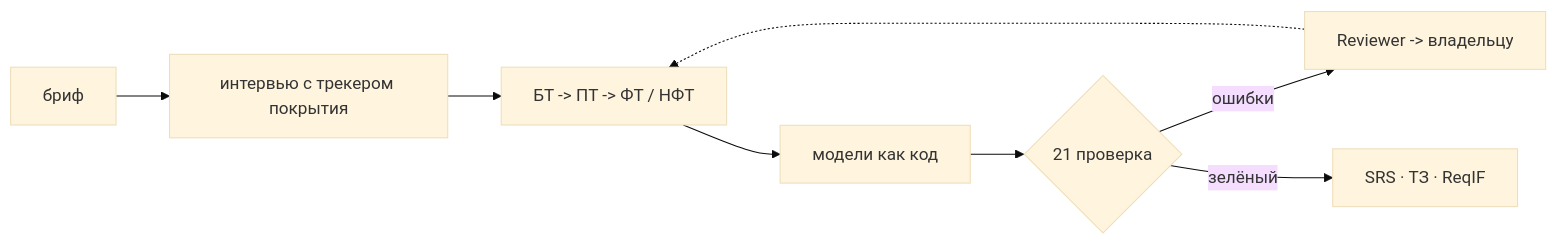
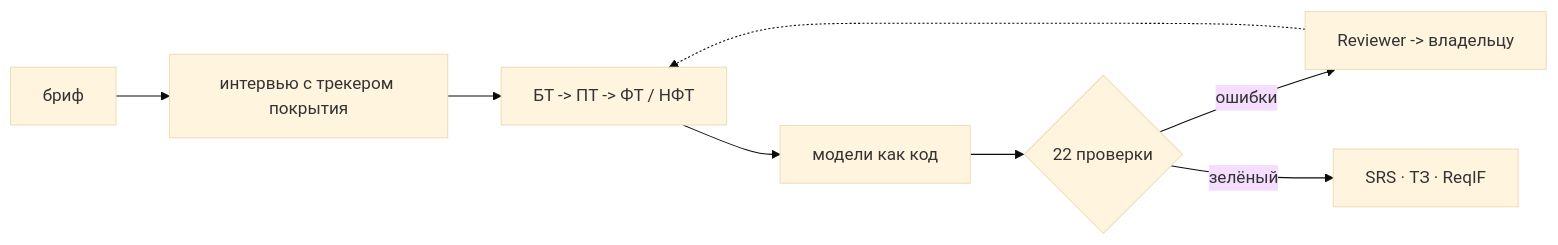
One commit to Axx-Axvd/reqgraph changed the diagram in README.md. Above: the diagram before and after it, drawn with Mermaid (base theme). The commit also changed other lines of this file and 11 other files, not shown here.

````diff
--- a/README.md
+++ b/README.md
@@ -15,7 +15,7 @@
 ```mermaid
 flowchart LR
   A[бриф] --> B[интервью с трекером покрытия] --> C[БТ -> ПТ -> ФТ / НФТ]
-  C --> D[модели как код] --> E{21 проверка}
+  C --> D[модели как код] --> E{22 проверки}
   E -->|ошибки| F[Reviewer -> владельцу] -.-> C
   E -->|зелёный| G[SRS · ТЗ · ReqIF]
 ```
````
